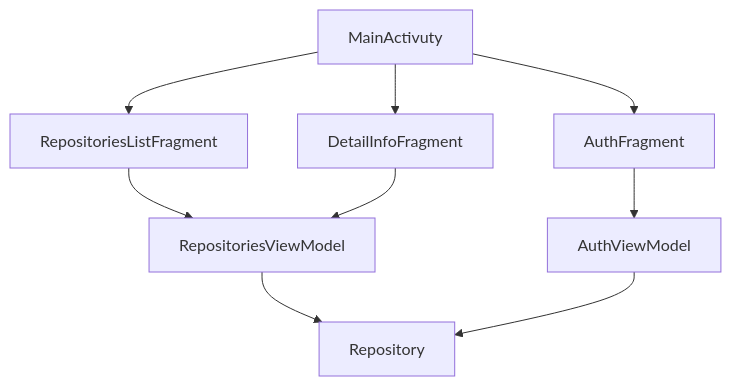
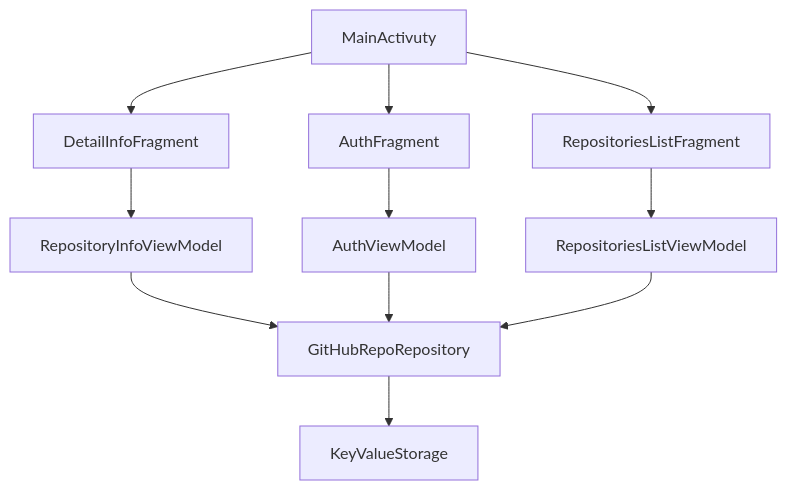
Before and after one commit to icerockdev/kmm.icerock.dev: the diagram in university/1-android-basics/practice.md, drawn with Mermaid. The commit also changed 10 other files, not shown here.

````diff
--- a/university/1-android-basics/practice.md
+++ b/university/1-android-basics/practice.md
@@ -39,14 +39,17 @@
 ```mermaid
    graph TD
    
    MainActivuty --> AuthFragment
    MainActivuty --> RepositoriesListFragment
    MainActivuty --> DetailInfoFragment
    
    AuthFragment --> AuthViewModel
-   RepositoriesListFragment --> RepositoriesViewModel
-   DetailInfoFragment --> RepositoriesViewModel
+   RepositoriesListFragment --> RepositoriesListViewModel
+   DetailInfoFragment --> RepositoryInfoViewModel
    
-   RepositoriesViewModel --> Repository
-   AuthViewModel --> Repository
+   RepositoryInfoViewModel --> GitHubRepoRepository
+   AuthViewModel --> GitHubRepoRepository
+   RepositoriesListViewModel --> GitHubRepoRepository
+
+   GitHubRepoRepository --> KeyValueStorage
 ```
````
